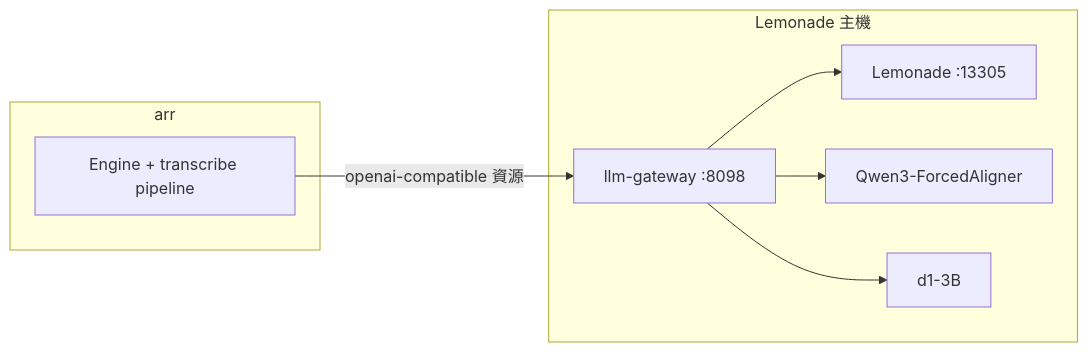
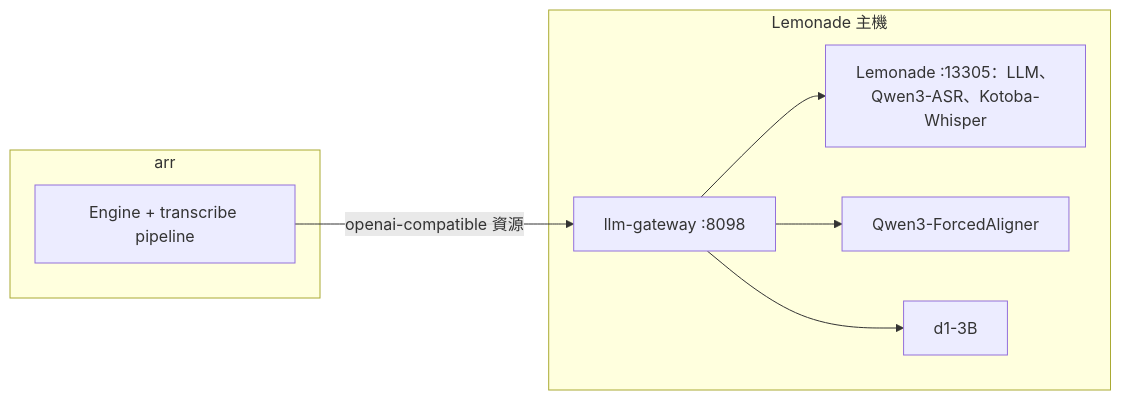
Before and after one commit to lanyitin/runline: the diagram in docs/stable/transcribe-scenes/04-deployment.md, drawn with Mermaid. The commit also changed other lines of this file and 14 other files, not shown here.

````diff
--- a/docs/stable/transcribe-scenes/04-deployment.md
+++ b/docs/stable/transcribe-scenes/04-deployment.md
@@ -7,12 +7,12 @@
 ```mermaid
 flowchart LR
   subgraph arr
     E[Engine + transcribe pipeline]
   end
   subgraph Lemonade 主機
-    G[llm-gateway :8098] --> L[Lemonade :13305]
+    G[llm-gateway :8098] --> L[Lemonade :13305：LLM、Qwen3-ASR、Kotoba-Whisper]
     G --> A[Qwen3-ForcedAligner]
     G --> D[d1-3B]
   end
   E -- openai-compatible 資源 --> G
 ```
````
